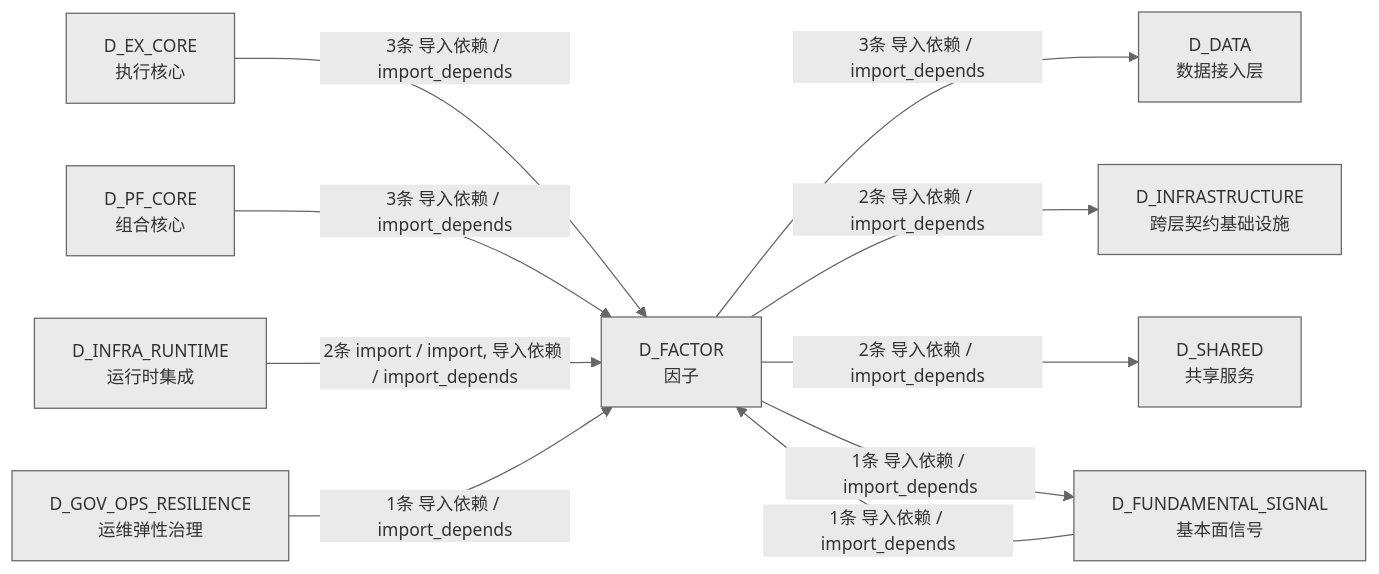
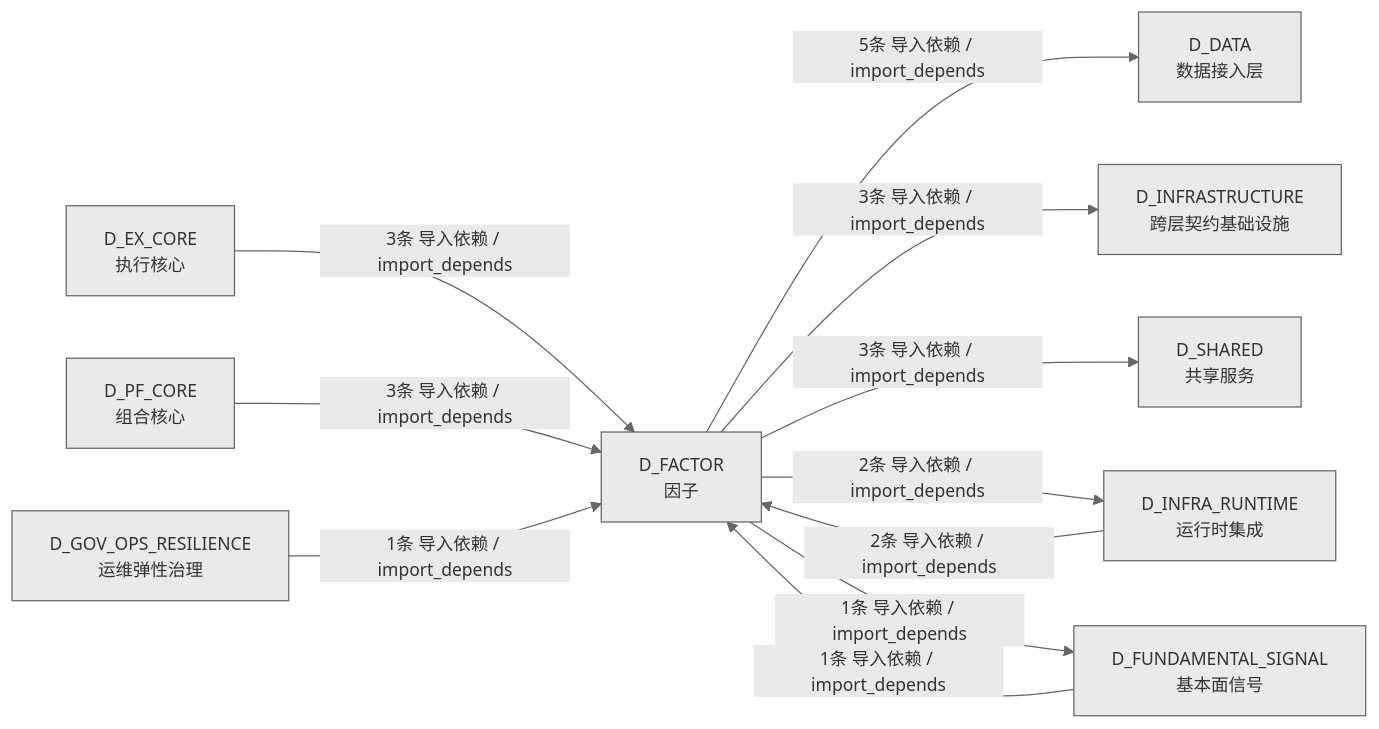
Before and after one commit to xuanFelixVan/ZephyrAlpha: the third of 3 diagrams in docs/02_enterprise_architecture/02_domain_architecture_docs/46_d_factor.md, drawn with Mermaid. The commit also changed other lines of this file and 50 other files, not shown here.

````diff
--- a/docs/02_enterprise_architecture/02_domain_architecture_docs/46_d_factor.md
+++ b/docs/02_enterprise_architecture/02_domain_architecture_docs/46_d_factor.md
@@ -389,22 +442,23 @@
 ```mermaid
 %%{init: {'theme': 'base', 'themeVariables': {'primaryColor': '#eaeaea', 'primaryTextColor': '#333333', 'primaryBorderColor': '#666666', 'lineColor': '#666666', 'secondaryColor': '#eaeaea', 'tertiaryColor': '#eaeaea', 'fontSize': '14px'}}}%%
 graph LR
     D_FACTOR["D_FACTOR<br/>因子"]
     D_DATA["D_DATA<br/>数据接入层"]
     D_INFRASTRUCTURE["D_INFRASTRUCTURE<br/>跨层契约基础设施"]
     D_SHARED["D_SHARED<br/>共享服务"]
+    D_INFRA_RUNTIME["D_INFRA_RUNTIME<br/>运行时集成"]
     D_FUNDAMENTAL_SIGNAL["D_FUNDAMENTAL_SIGNAL<br/>基本面信号"]
     D_EX_CORE["D_EX_CORE<br/>执行核心"]
     D_PF_CORE["D_PF_CORE<br/>组合核心"]
-    D_INFRA_RUNTIME["D_INFRA_RUNTIME<br/>运行时集成"]
     D_GOV_OPS_RESILIENCE["D_GOV_OPS_RESILIENCE<br/>运维弹性治理"]
-    D_FACTOR -->|3条 导入依赖 / import_depends| D_DATA
-    D_FACTOR -->|2条 导入依赖 / import_depends| D_INFRASTRUCTURE
-    D_FACTOR -->|2条 导入依赖 / import_depends| D_SHARED
+    D_FACTOR -->|5条 导入依赖 / import_depends| D_DATA
+    D_FACTOR -->|3条 导入依赖 / import_depends| D_INFRASTRUCTURE
+    D_FACTOR -->|3条 导入依赖 / import_depends| D_SHARED
+    D_FACTOR -->|2条 导入依赖 / import_depends| D_INFRA_RUNTIME
     D_FACTOR -->|1条 导入依赖 / import_depends| D_FUNDAMENTAL_SIGNAL
     D_EX_CORE -->|3条 导入依赖 / import_depends| D_FACTOR
     D_PF_CORE -->|3条 导入依赖 / import_depends| D_FACTOR
-    D_INFRA_RUNTIME -->|2条 import / import, 导入依赖 / import_depends| D_FACTOR
+    D_INFRA_RUNTIME -->|2条 导入依赖 / import_depends| D_FACTOR
     D_FUNDAMENTAL_SIGNAL -->|1条 导入依赖 / import_depends| D_FACTOR
     D_GOV_OPS_RESILIENCE -->|1条 导入依赖 / import_depends| D_FACTOR
 ```
````
